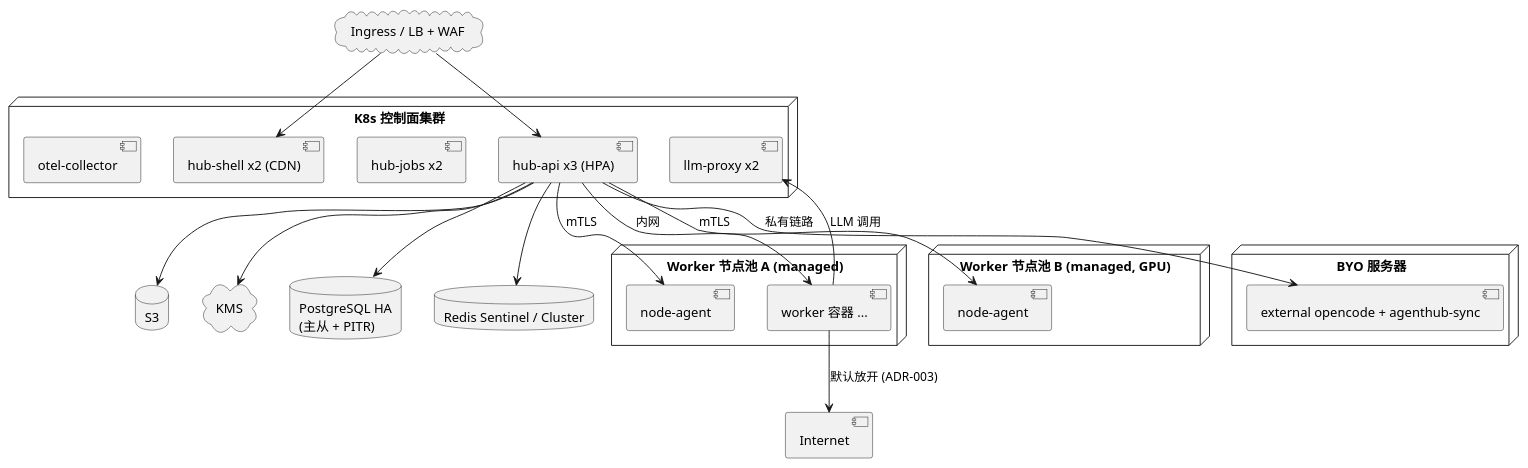
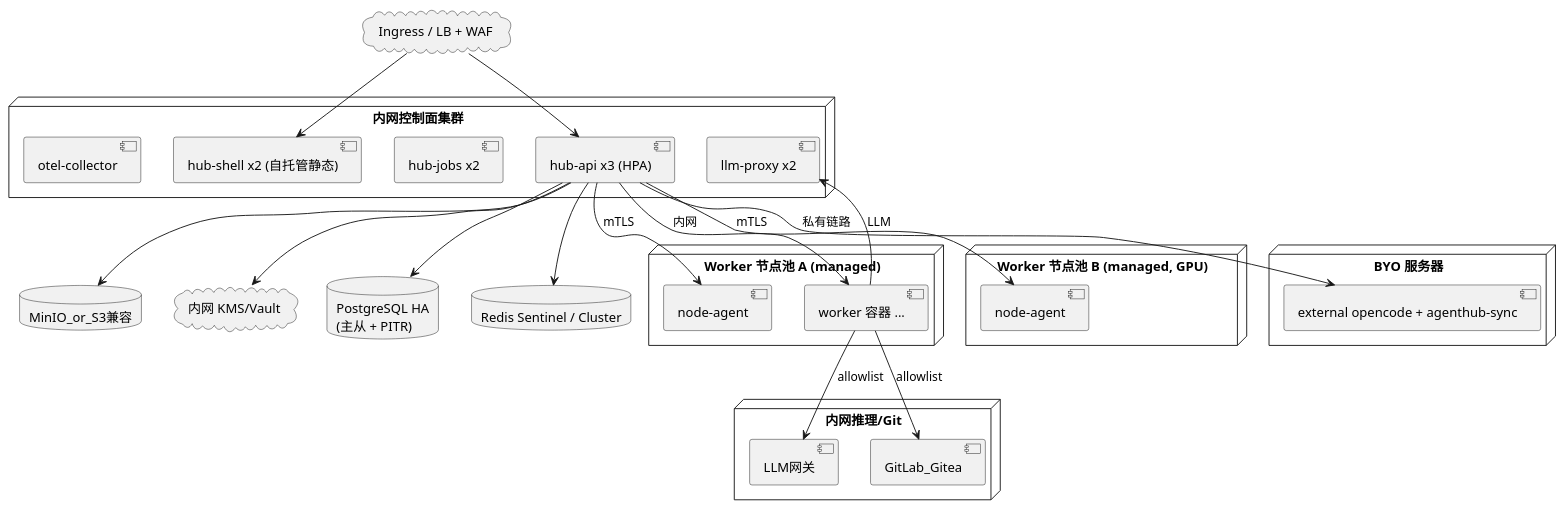
One commit to JackLuguibin/AgentHubEx changed the fourth of 4 diagrams in docs/architecture/12-security-observability-deployment.md. Above: the diagram before and after it, drawn with PlantUML. The commit also changed other lines of this file and 18 other files, not shown here.

First line of the commit message:
docs: align architecture on React SPA, Drizzle, open-source, intranet

````diff
--- a/docs/architecture/12-security-observability-deployment.md
+++ b/docs/architecture/12-security-observability-deployment.md
@@ -134,38 +144,43 @@
 ```plantuml
 @startuml deploy-prod
 cloud "Ingress / LB + WAF" as LB
-node "K8s 控制面集群" {
-  [hub-shell x2 (CDN)] as S
+node "内网控制面集群" {
+  [hub-shell x2 (自托管静态)] as S
   [hub-api x3 (HPA)] as A
   [hub-jobs x2] as J
   [llm-proxy x2] as LP
   [otel-collector] as OT
 }
 database "PostgreSQL HA\n(主从 + PITR)" as PG
 database "Redis Sentinel / Cluster" as R
-database "S3" as S3
-cloud "KMS" as KMS
+database "MinIO_or_S3兼容" as S3
+cloud "内网 KMS/Vault" as KMS
 node "Worker 节点池 A (managed)" {
   [node-agent] as N1
   [worker 容器 ...] as W1
 }
 node "Worker 节点池 B (managed, GPU)" {
   [node-agent] as N2
 }
 node "BYO 服务器" {
   [external opencode + agenthub-sync] as E
+}
+node "内网推理/Git" {
+  [LLM网关] as LLM
+  [GitLab_Gitea] as GIT
 }
 LB --> S
 LB --> A
 A --> PG
 A --> R
 A --> S3
 A --> KMS
 A --> N1 : mTLS
 A --> N2 : mTLS
 A --> W1 : 内网
 A --> E : 私有链路
-W1 --> LP : LLM 调用
-W1 --> [Internet] : 默认放开 (ADR-003)
+W1 --> LP : LLM
+W1 --> LLM : allowlist
+W1 --> GIT : allowlist
 @enduml
 ```
````
